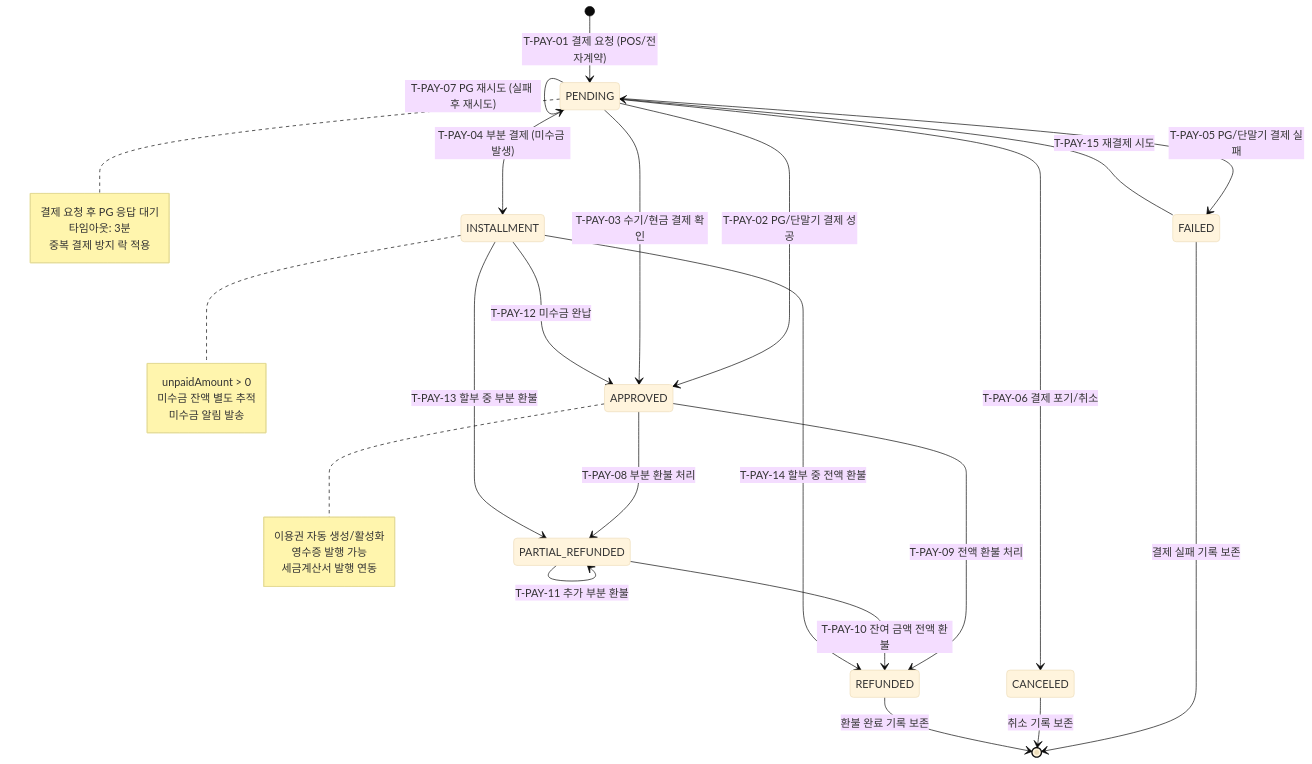
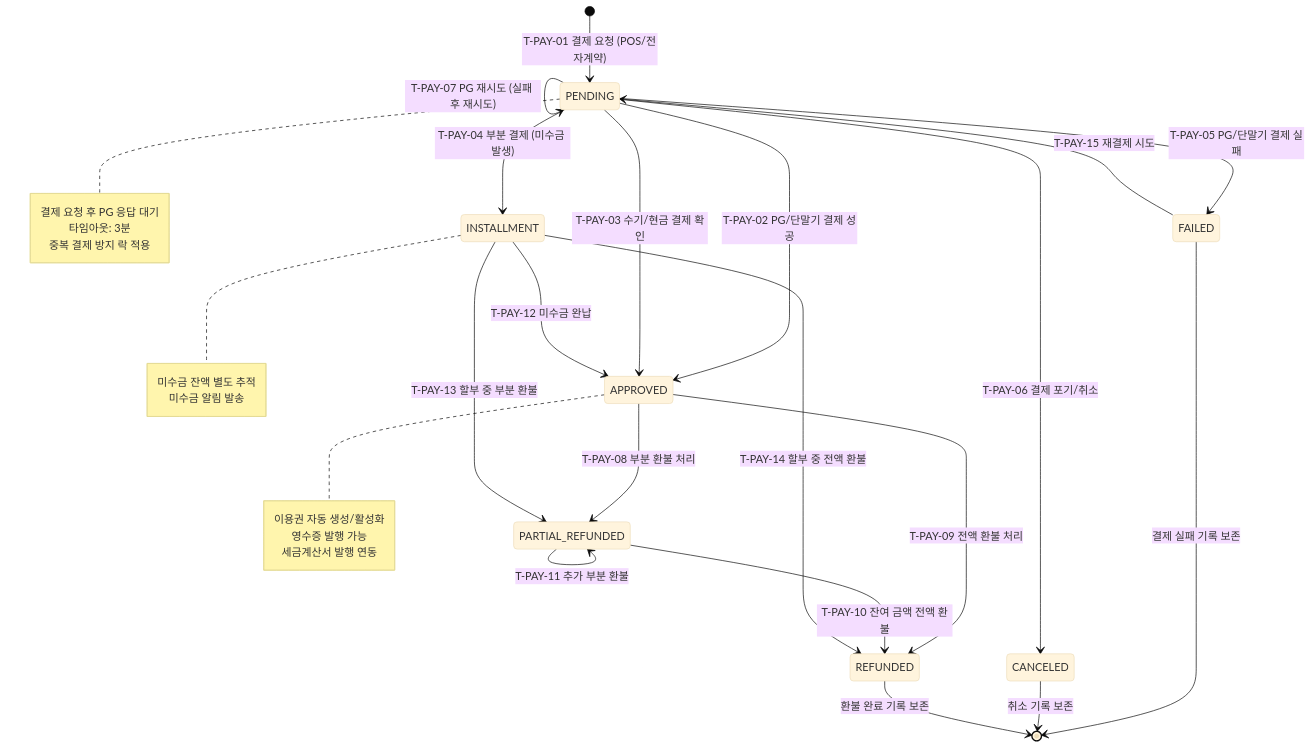
The diagram in docs/다이어그램/20_상태전이도/20-03_PaymentStatus.md (dev-spogym/admin-pando), drawn with Mermaid (base theme) before and after one commit. The commit also changed other lines of this file and 1660 other files, not shown here.

First line of the commit message:
다이어그램: 기획자/클라이언트 납품본으로 정리

````diff
--- a/docs/다이어그램/20_상태전이도/20-03_PaymentStatus.md
+++ b/docs/다이어그램/20_상태전이도/20-03_PaymentStatus.md
@@ -36,45 +26,44 @@
 ```mermaid
 stateDiagram-v2
     [*] --> PENDING : T-PAY-01 결제 요청 (POS/전자계약)
 
     PENDING --> APPROVED : T-PAY-02 PG/단말기 결제 성공
     PENDING --> APPROVED : T-PAY-03 수기/현금 결제 확인
     PENDING --> INSTALLMENT : T-PAY-04 부분 결제 (미수금 발생)
     PENDING --> FAILED : T-PAY-05 PG/단말기 결제 실패
     PENDING --> CANCELED : T-PAY-06 결제 포기/취소
     PENDING --> PENDING : T-PAY-07 PG 재시도 (실패 후 재시도)
 
     APPROVED --> PARTIAL_REFUNDED : T-PAY-08 부분 환불 처리
     APPROVED --> REFUNDED : T-PAY-09 전액 환불 처리
 
     PARTIAL_REFUNDED --> REFUNDED : T-PAY-10 잔여 금액 전액 환불
     PARTIAL_REFUNDED --> PARTIAL_REFUNDED : T-PAY-11 추가 부분 환불
 
     INSTALLMENT --> APPROVED : T-PAY-12 미수금 완납
     INSTALLMENT --> PARTIAL_REFUNDED : T-PAY-13 할부 중 부분 환불
     INSTALLMENT --> REFUNDED : T-PAY-14 할부 중 전액 환불
 
     FAILED --> PENDING : T-PAY-15 재결제 시도
     FAILED --> [*] : 결제 실패 기록 보존
 
     CANCELED --> [*] : 취소 기록 보존
     REFUNDED --> [*] : 환불 완료 기록 보존
 
     note right of PENDING
         결제 요청 후 PG 응답 대기
         타임아웃: 3분
         중복 결제 방지 락 적용
     end note
 
     note right of INSTALLMENT
-        unpaidAmount > 0
         미수금 잔액 별도 추적
         미수금 알림 발송
     end note
 
     note right of APPROVED
         이용권 자동 생성/활성화
         영수증 발행 가능
         세금계산서 발행 연동
     end note
 ```
````
